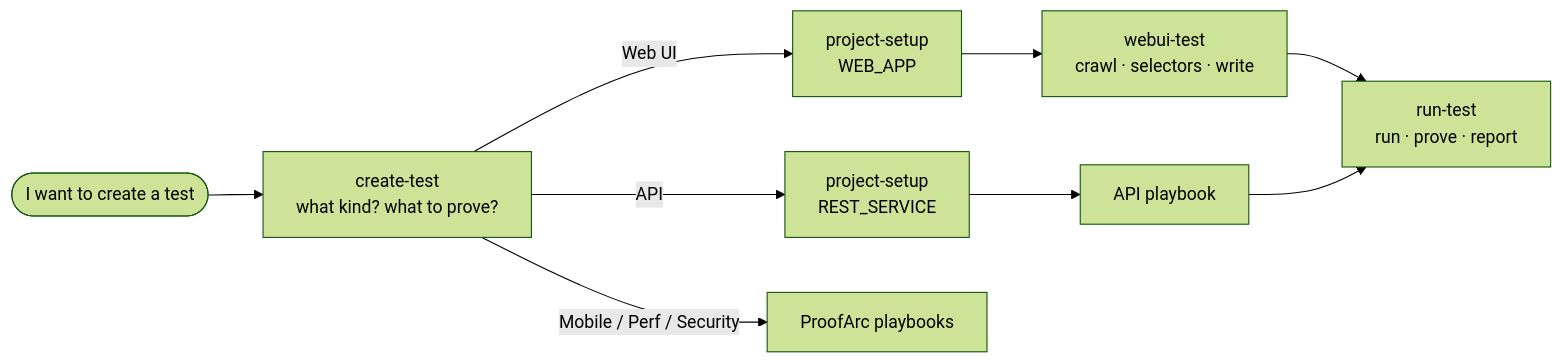
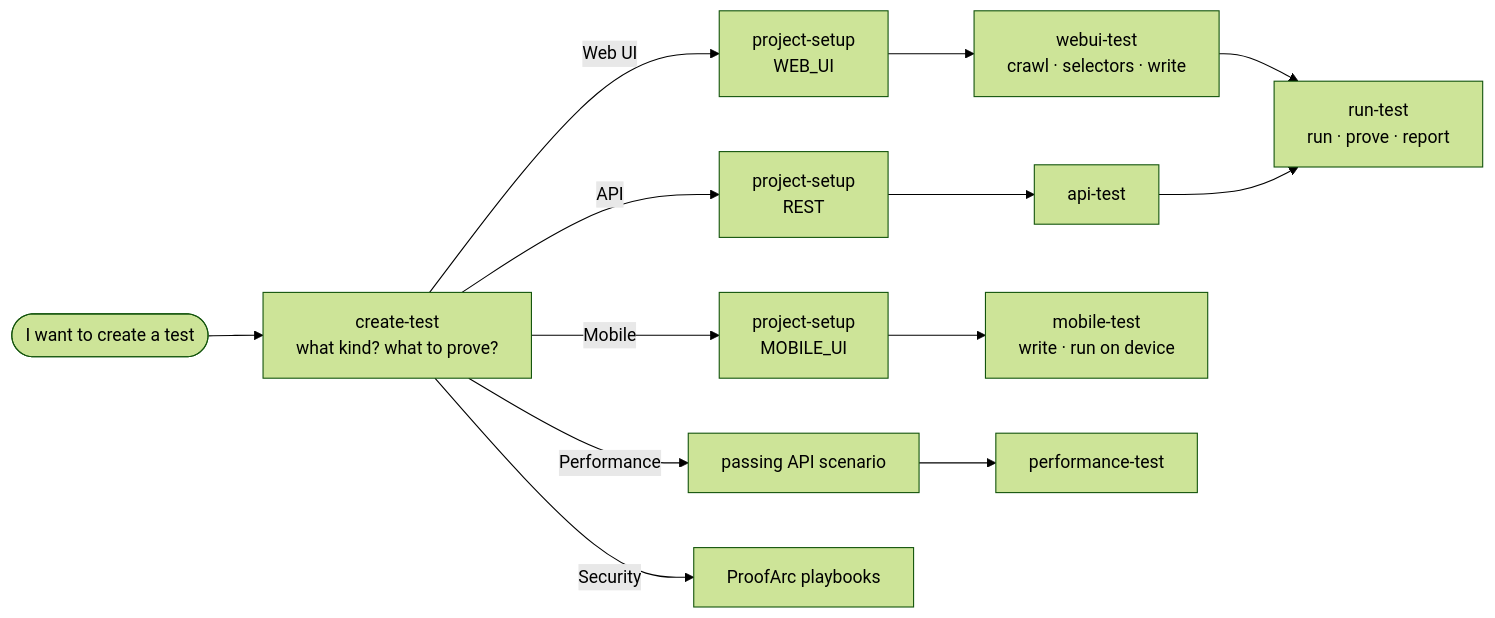
Before and after one commit to proofarc/proofarc-mcp-skills: the diagram in README.md, drawn with Mermaid (forest theme). The commit also changed other lines of this file and 7 other files, not shown here.

First line of the commit message:
Add api-test, mobile-test, performance-test and connect skills; route create-test to them; inline cross-skill references

````diff
--- a/README.md
+++ b/README.md
@@ -26,7 +30,9 @@
 ```mermaid
 flowchart LR
   U([I want to create a test]) --> CT[create-test<br/>what kind? what to prove?]
-  CT -- Web UI --> PS1[project-setup<br/>WEB_APP] --> WT[webui-test<br/>crawl · selectors · write] --> RT[run-test<br/>run · prove · report]
-  CT -- API --> PS2[project-setup<br/>REST_SERVICE] --> PB1[API playbook] --> RT
-  CT -- Mobile / Perf / Security --> PB2[ProofArc playbooks]
+  CT -- Web UI --> PS1[project-setup<br/>WEB_UI] --> WT[webui-test<br/>crawl · selectors · write] --> RT[run-test<br/>run · prove · report]
+  CT -- API --> PS2[project-setup<br/>REST] --> AT[api-test] --> RT
+  CT -- Mobile --> PS3[project-setup<br/>MOBILE_UI] --> MT[mobile-test<br/>write · run on device]
+  CT -- Performance --> AT2[passing API scenario] --> PT[performance-test]
+  CT -- Security --> PB2[ProofArc playbooks]
 ```
````
